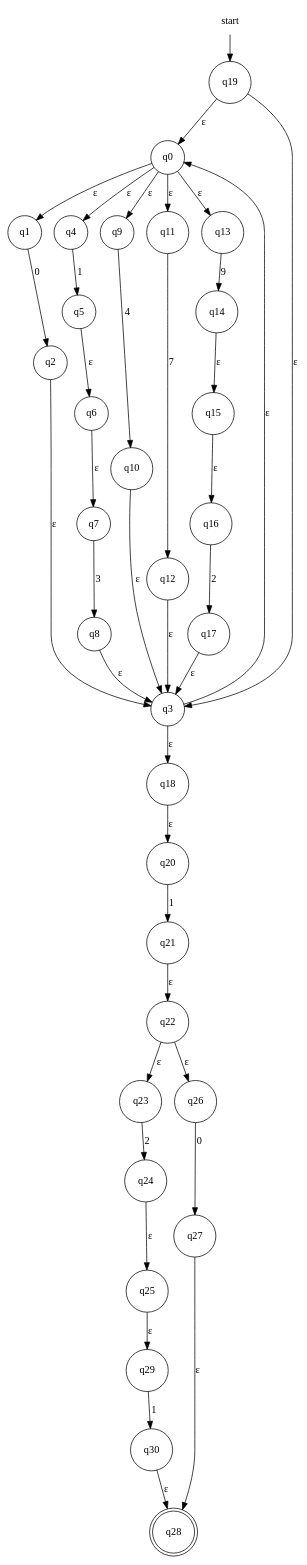
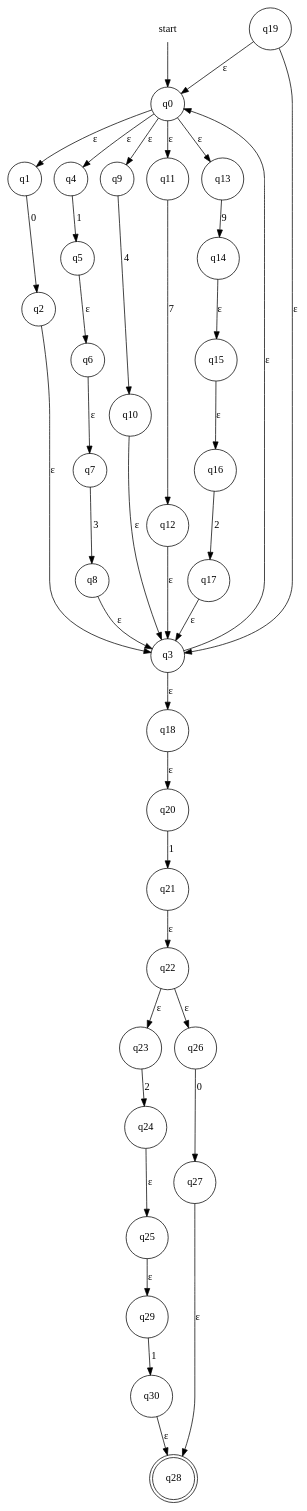
The diagram in fase1/RE-eNFA/regex_9.dot (evertheylen/TA_TO), drawn with Graphviz before and after one commit. The commit also changed 13 other files, not shown here.

```diff
--- a/fase1/RE-eNFA/regex_9.dot
+++ b/fase1/RE-eNFA/regex_9.dot
@@ -1,43 +1,43 @@
 digraph automaton {
     node [shape=none]; start;
     node [shape=doublecircle]; "q28";
     node [shape=circle];
-    start -> "q19";
+    start -> "q0";
     "q0" -> "q1" [label="&epsilon;"];
     "q0" -> "q4" [label="&epsilon;"];
     "q0" -> "q9" [label="&epsilon;"];
     "q0" -> "q11" [label="&epsilon;"];
     "q0" -> "q13" [label="&epsilon;"];
     "q1" -> "q2" [label="0"];
     "q2" -> "q3" [label="&epsilon;"];
     "q3" -> "q0" [label="&epsilon;"];
     "q3" -> "q18" [label="&epsilon;"];
     "q4" -> "q5" [label="1"];
     "q5" -> "q6" [label="&epsilon;"];
     "q6" -> "q7" [label="&epsilon;"];
     "q7" -> "q8" [label="3"];
     "q8" -> "q3" [label="&epsilon;"];
     "q9" -> "q10" [label="4"];
     "q10" -> "q3" [label="&epsilon;"];
     "q11" -> "q12" [label="7"];
     "q12" -> "q3" [label="&epsilon;"];
     "q13" -> "q14" [label="9"];
     "q14" -> "q15" [label="&epsilon;"];
     "q15" -> "q16" [label="&epsilon;"];
     "q16" -> "q17" [label="2"];
     "q17" -> "q3" [label="&epsilon;"];
     "q18" -> "q20" [label="&epsilon;"];
     "q19" -> "q0" [label="&epsilon;"];
     "q19" -> "q3" [label="&epsilon;"];
     "q20" -> "q21" [label="1"];
     "q21" -> "q22" [label="&epsilon;"];
     "q22" -> "q23" [label="&epsilon;"];
     "q22" -> "q26" [label="&epsilon;"];
     "q23" -> "q24" [label="2"];
     "q24" -> "q25" [label="&epsilon;"];
     "q25" -> "q29" [label="&epsilon;"];
     "q26" -> "q27" [label="0"];
     "q27" -> "q28" [label="&epsilon;"];
     "q29" -> "q30" [label="1"];
     "q30" -> "q28" [label="&epsilon;"];
 }
```
